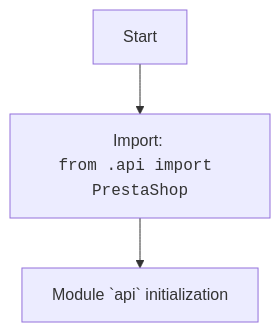
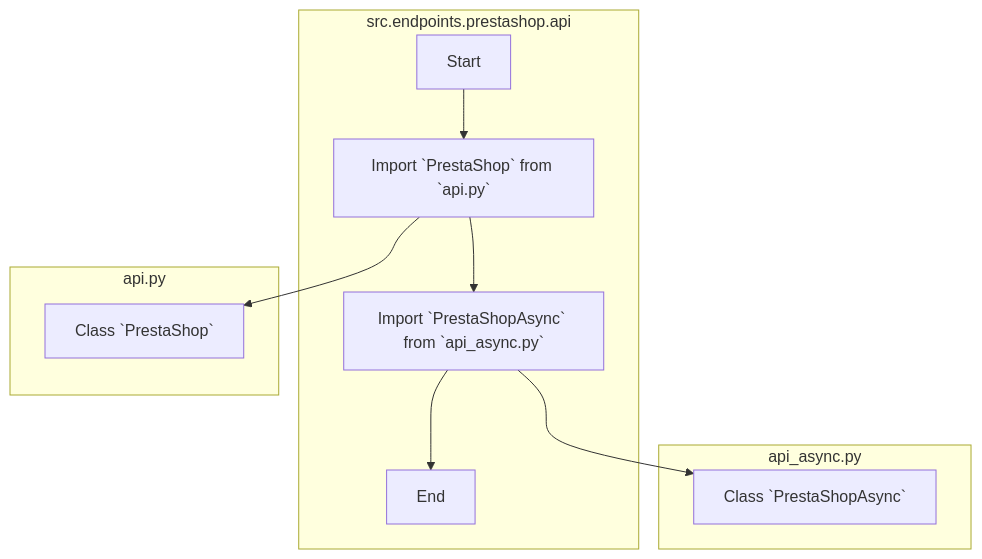
One commit to hypo69/hypo changed the diagram in docs/gemini/ru/explainer/src/endpoints/prestashop/api/__init__.py.md. Above: the diagram before and after it, drawn with Mermaid. The commit also changed other lines of this file and 1505 other files, not shown here.

````diff
--- a/docs/gemini/ru/explainer/src/endpoints/prestashop/api/__init__.py.md
+++ b/docs/gemini/ru/explainer/src/endpoints/prestashop/api/__init__.py.md
@@ -12,5 +25,24 @@
 ```mermaid
 flowchart TD
-    Start --> ImportPrestaShop[Import: <br><code>from .api import PrestaShop</code>]
-    ImportPrestaShop --> End[Module `api` initialization]
+    subgraph src.endpoints.prestashop.api
+        Start[Start]
+        ImportAPI[Import `PrestaShop` from `api.py`]
+        ImportAPIAsync[Import `PrestaShopAsync` from `api_async.py`]
+        End[End]
+
+        Start --> ImportAPI
+        ImportAPI --> ImportAPIAsync
+        ImportAPIAsync --> End
+    end
+    
+    subgraph api.py
+      PrestaShopClass[Class `PrestaShop`]
+    end
+    
+    subgraph api_async.py
+      PrestaShopAsyncClass[Class `PrestaShopAsync`]
+    end
+
+    ImportAPI --> PrestaShopClass
+    ImportAPIAsync --> PrestaShopAsyncClass
 ```
````
